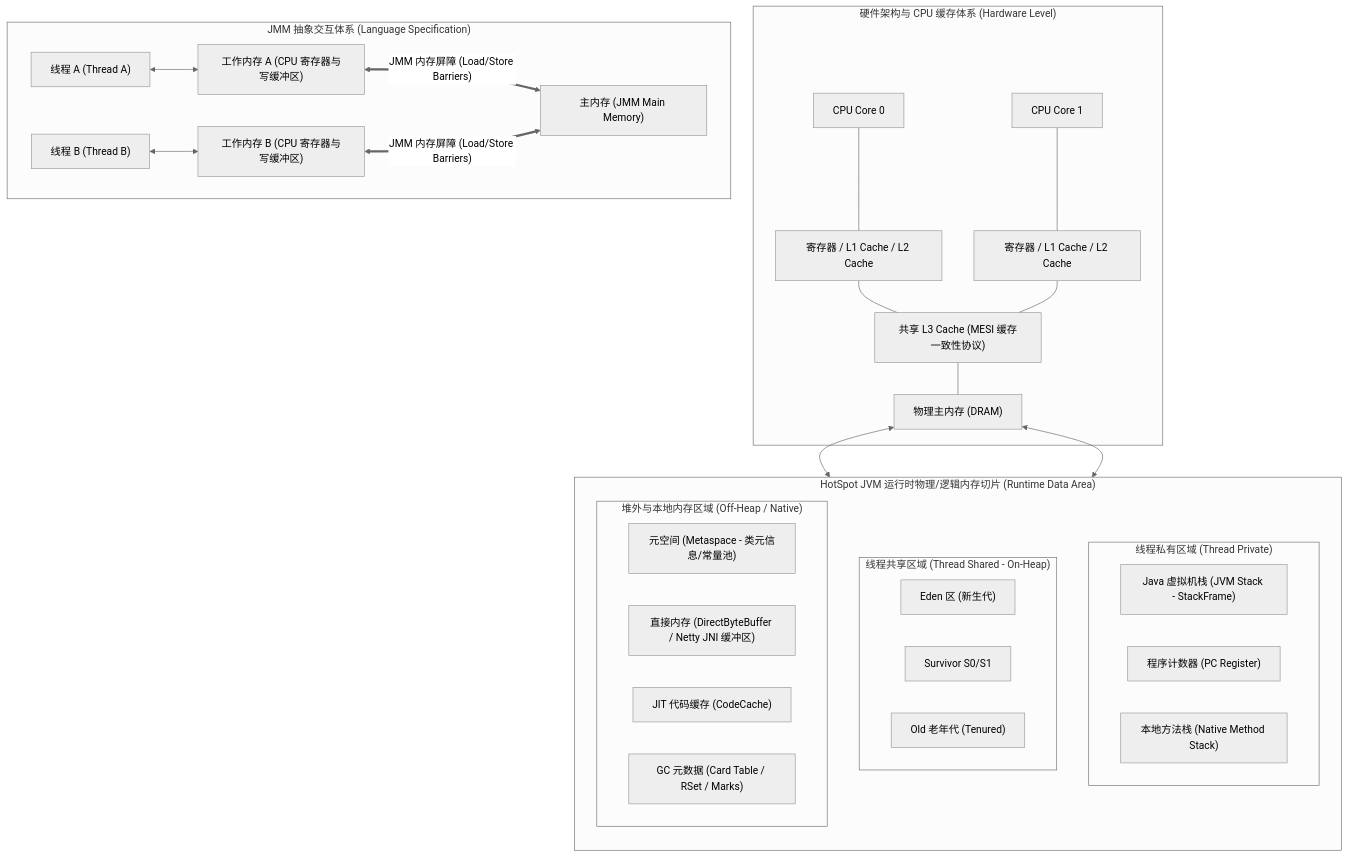
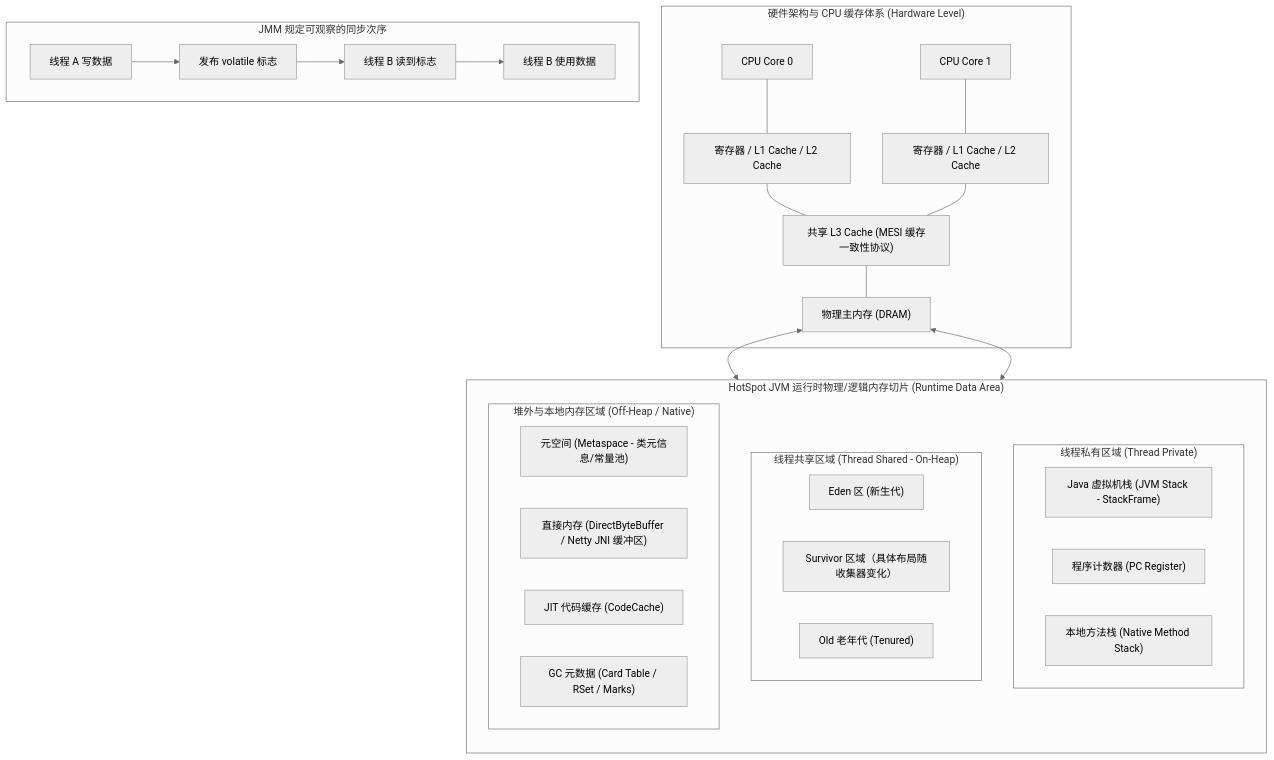
One commit to tieke1121/tech-interview-knowledge-base changed the first of 4 diagrams in 03-java-engineering/01-jvm-memory-gc.md. Above: the diagram before and after it, drawn with Mermaid (neutral theme). The commit also changed other lines of this file and 22 other files, not shown here.

````diff
--- a/03-java-engineering/01-jvm-memory-gc.md
+++ b/03-java-engineering/01-jvm-memory-gc.md
@@ -63,42 +63,41 @@
 ```mermaid
 graph TD
     subgraph "硬件架构与 CPU 缓存体系 (Hardware Level)"
         CPU0["CPU Core 0"] --- Reg0["寄存器 / L1 Cache / L2 Cache"]
         CPU1["CPU Core 1"] --- Reg1["寄存器 / L1 Cache / L2 Cache"]
         Reg0 --- L3Cache["共享 L3 Cache (MESI 缓存一致性协议)"]
         Reg1 --- L3Cache
         L3Cache --- MainMemory["物理主内存 (DRAM)"]
     end
 
-    subgraph "JMM 抽象交互体系 (Language Specification)"
-        ThreadA["线程 A (Thread A)"] <--> WorkMemA["工作内存 A (CPU 寄存器与写缓冲区)"]
-        ThreadB["线程 B (Thread B)"] <--> WorkMemB["工作内存 B (CPU 寄存器与写缓冲区)"]
-        WorkMemA <==>|"JMM 内存屏障 (Load/Store Barriers)"| JMM_Main["主内存 (JMM Main Memory)"]
-        WorkMemB <==>|"JMM 内存屏障 (Load/Store Barriers)"| JMM_Main
+    subgraph "JMM 规定可观察的同步次序"
+        ThreadA["线程 A 写数据"] --> Publish["发布 volatile 标志"]
+        Publish --> Observe["线程 B 读到标志"]
+        Observe --> ThreadB["线程 B 使用数据"]
     end
 
     subgraph "HotSpot JVM 运行时物理/逻辑内存切片 (Runtime Data Area)"
         direction TB
         subgraph ThreadPrivate["线程私有区域 (Thread Private)"]
             JVMStack["Java 虚拟机栈 (JVM Stack - StackFrame)"]
             PCReg["程序计数器 (PC Register)"]
             NativeStack["本地方法栈 (Native Method Stack)"]
         end
 
         subgraph ThreadShared["线程共享区域 (Thread Shared - On-Heap)"]
             Eden["Eden 区 (新生代)"]
-            Survivor["Survivor S0/S1"]
+            Survivor["Survivor 区域（具体布局随收集器变化）"]
             OldGen["Old 老年代 (Tenured)"]
         end
 
         subgraph OffHeapMemory["堆外与本地内存区域 (Off-Heap / Native)"]
             Metaspace["元空间 (Metaspace - 类元信息/常量池)"]
             DirectBuf["直接内存 (DirectByteBuffer / Netty JNI 缓冲区)"]
             CodeCache["JIT 代码缓存 (CodeCache)"]
             GC_Metadata["GC 元数据 (Card Table / RSet / Marks)"]
         end
     end
 
     MainMemory <--> ThreadShared
     MainMemory <--> OffHeapMemory
 ```
````
